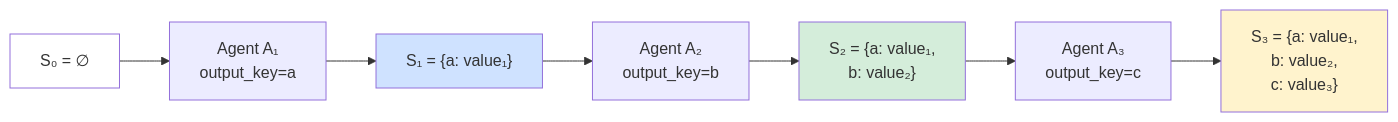
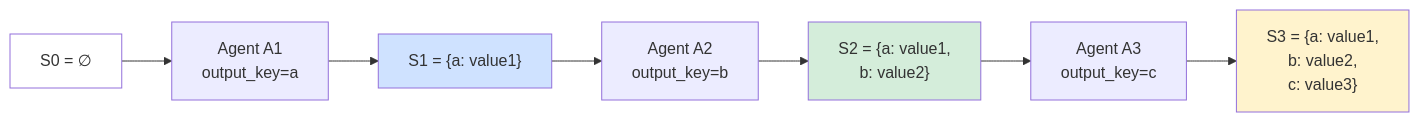
Diagram 22 of 37 in docs/10_UNIFIED_THEORY.md (xkrajnan/Agentic_Design_Patterns), drawn with Mermaid before and after one commit. The commit also changed other lines of this file, not shown here.

First line of the commit message:
Fix Mermaid diagram rendering by replacing Unicode subscripts

````diff
--- a/docs/10_UNIFIED_THEORY.md
+++ b/docs/10_UNIFIED_THEORY.md
@@ -1255,23 +1255,23 @@
 ```mermaid
 flowchart LR
-    S0[S₀ = ∅]
-    S1["S₁ = {a: value₁}"]
-    S2["S₂ = {a: value₁,<br/>b: value₂}"]
-    S3["S₃ = {a: value₁,<br/>b: value₂,<br/>c: value₃}"]
+    S0[S0 = ∅]
+    S1["S1 = {a: value1}"]
+    S2["S2 = {a: value1,<br/>b: value2}"]
+    S3["S3 = {a: value1,<br/>b: value2,<br/>c: value3}"]
 
-    A1[Agent A₁<br/>output_key=a]
-    A2[Agent A₂<br/>output_key=b]
-    A3[Agent A₃<br/>output_key=c]
+    A1[Agent A1<br/>output_key=a]
+    A2[Agent A2<br/>output_key=b]
+    A3[Agent A3<br/>output_key=c]
 
     S0 --> A1
     A1 --> S1
     S1 --> A2
     A2 --> S2
     S2 --> A3
     A3 --> S3
 
     style S0 fill:#fff
     style S1 fill:#cfe2ff
     style S2 fill:#d4edda
     style S3 fill:#fff3cd
 ```
````
